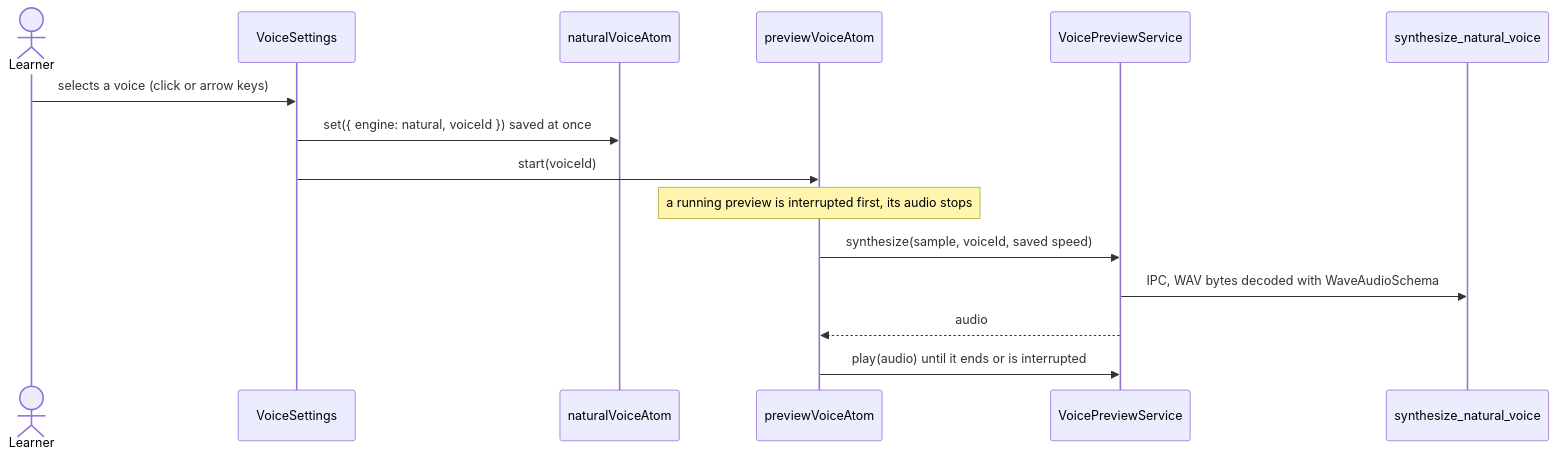
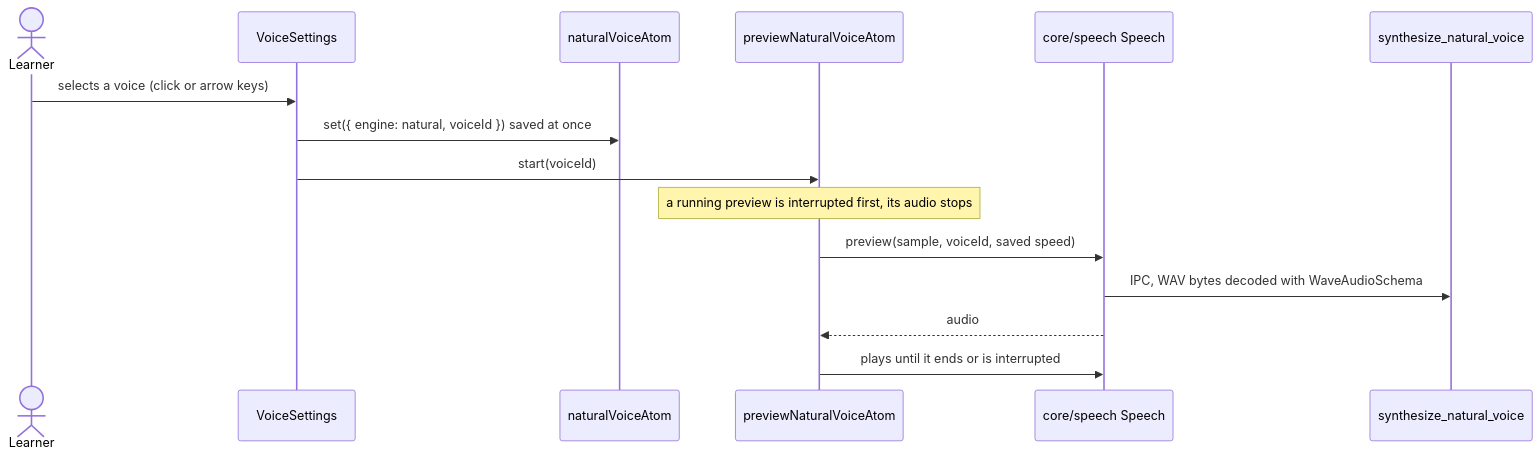
One commit to oleksii-latyshev/english-trainer changed the second of 5 diagrams in src/features/voice-settings/flow.md. Above: the diagram before and after it, drawn with Mermaid. The commit also changed other lines of this file and 104 other files, not shown here.

First line of the commit message:
perf(speech): voice output in core/speech without gaps between phrases (#51)

````diff
--- a/src/features/voice-settings/flow.md
+++ b/src/features/voice-settings/flow.md
@@ -33,18 +33,18 @@
 ```mermaid
 sequenceDiagram
     actor Learner
     participant Settings as VoiceSettings
     participant Pref as naturalVoiceAtom
-    participant Preview as previewVoiceAtom
-    participant Service as VoicePreviewService
+    participant Preview as previewNaturalVoiceAtom
+    participant Service as core/speech Speech
     participant Command as synthesize_natural_voice
 
     Learner->>Settings: selects a voice (click or arrow keys)
     Settings->>Pref: set({ engine: natural, voiceId }) saved at once
     Settings->>Preview: start(voiceId)
     Note over Preview: a running preview is interrupted first, its audio stops
-    Preview->>Service: synthesize(sample, voiceId, saved speed)
+    Preview->>Service: preview(sample, voiceId, saved speed)
     Service->>Command: IPC, WAV bytes decoded with WaveAudioSchema
     Service-->>Preview: audio
-    Preview->>Service: play(audio) until it ends or is interrupted
+    Preview->>Service: plays until it ends or is interrupted
 ```
````
